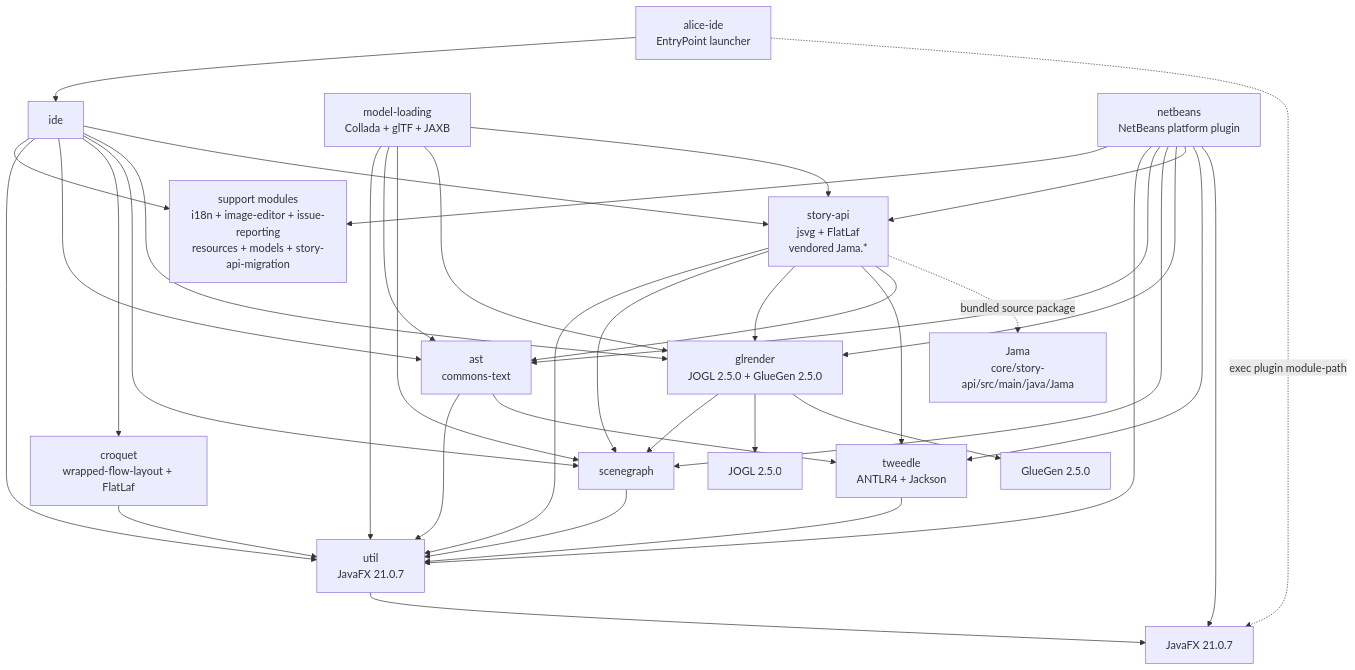
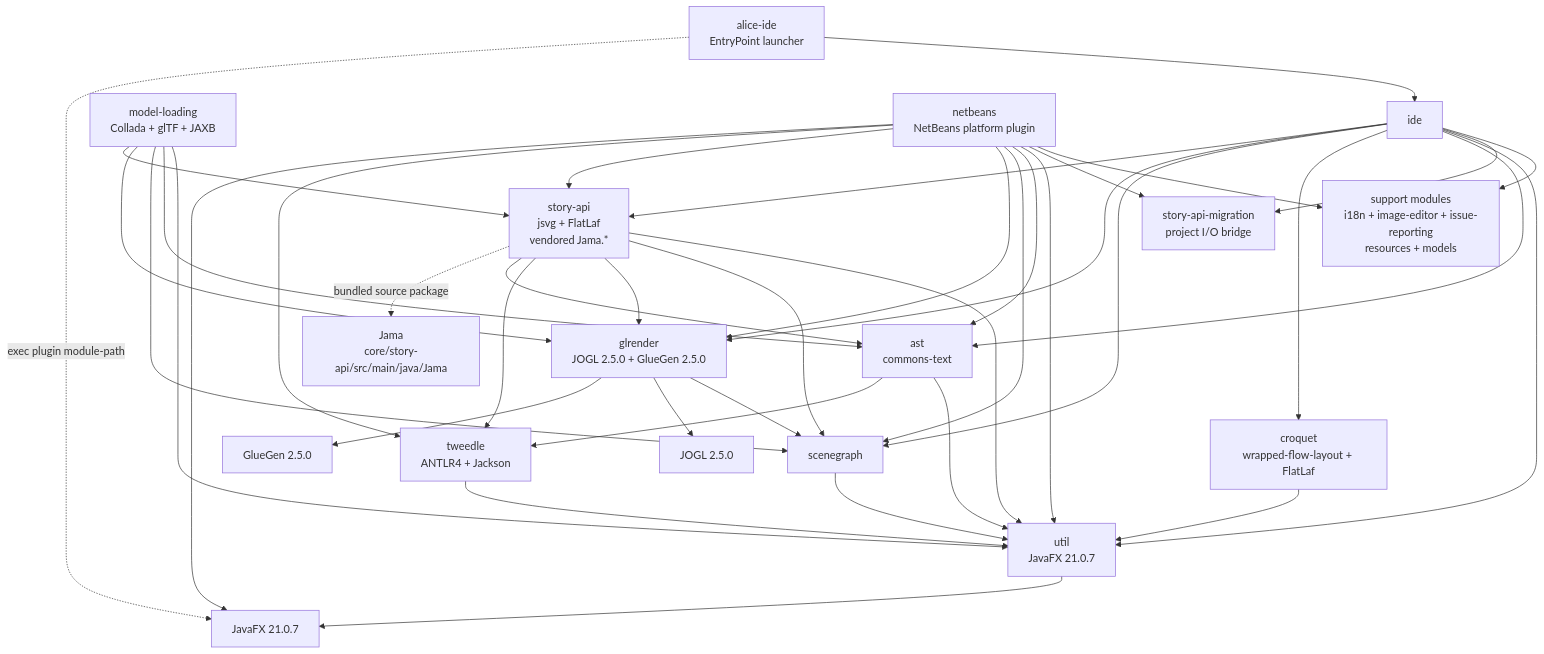
The diagram in docs/atlas/compile-deps/compile-deps.mmd (asw101/RabbitHole), drawn with Mermaid before and after one commit. The commit also changed 11 other files, not shown here.

First line of the commit message:
fix: correct atlas documentation for data-flow, compile-deps, api-contracts, and user-journeys

```diff
--- a/docs/atlas/compile-deps/compile-deps.mmd
+++ b/docs/atlas/compile-deps/compile-deps.mmd
@@ -1,52 +1,55 @@
 flowchart TD
   util["util<br/>JavaFX 21.0.7"]
   tweedle["tweedle<br/>ANTLR4 + Jackson"]
   ast["ast<br/>commons-text"]
   scenegraph["scenegraph"]
   glrender["glrender<br/>JOGL 2.5.0 + GlueGen 2.5.0"]
   storyapi["story-api<br/>jsvg + FlatLaf<br/>vendored Jama.*"]
   croquet["croquet<br/>wrapped-flow-layout + FlatLaf"]
-  support["support modules<br/>i18n + image-editor + issue-reporting<br/>resources + models + story-api-migration"]
+  support["support modules<br/>i18n + image-editor + issue-reporting<br/>resources + models"]
+  migration["story-api-migration<br/>project I/O bridge"]
   ide["ide"]
   modelloading["model-loading<br/>Collada + glTF + JAXB"]
   aliceide["alice-ide<br/>EntryPoint launcher"]
   netbeans["netbeans<br/>NetBeans platform plugin"]
 
   tweedle --> util
   ast --> util
   ast --> tweedle
   scenegraph --> util
   glrender --> scenegraph
   storyapi --> util
   storyapi --> scenegraph
   storyapi --> glrender
   storyapi --> tweedle
   storyapi --> ast
   croquet --> util
   ide --> support
+  ide --> migration
   ide --> util
   ide --> ast
   ide --> croquet
   ide --> scenegraph
   ide --> glrender
   ide --> storyapi
   modelloading --> util
   modelloading --> ast
   modelloading --> scenegraph
   modelloading --> glrender
   modelloading --> storyapi
   aliceide --> ide
   netbeans --> support
+  netbeans --> migration
   netbeans --> util
   netbeans --> ast
   netbeans --> scenegraph
   netbeans --> glrender
   netbeans --> storyapi
   netbeans --> tweedle
 
   glrender --> jogl["JOGL 2.5.0"]
   glrender --> gluegen["GlueGen 2.5.0"]
   util --> javafx["JavaFX 21.0.7"]
   netbeans --> javafx
   aliceide -.exec plugin module-path.-> javafx
   storyapi -.bundled source package.-> jama["Jama<br/>core/story-api/src/main/java/Jama"]
```
